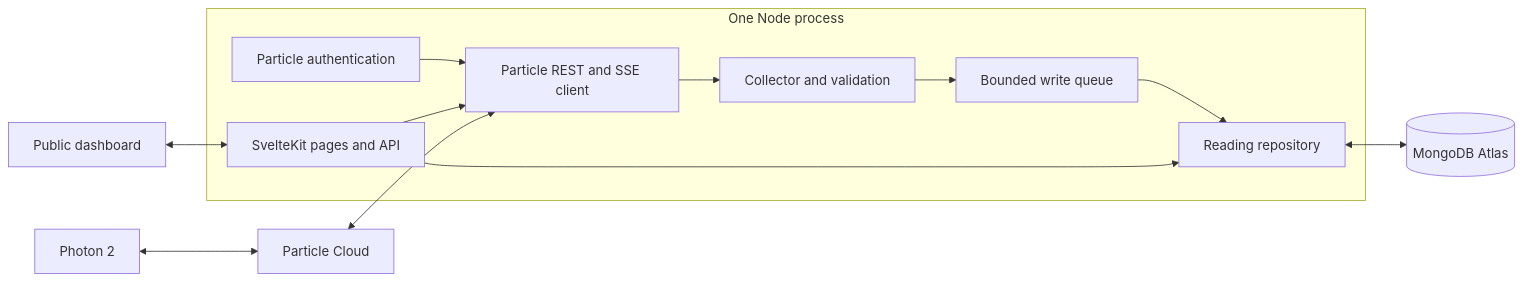
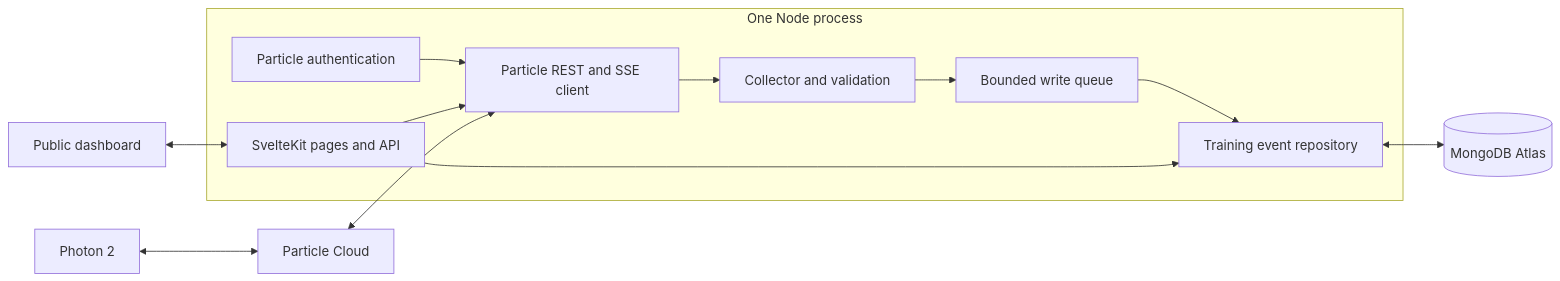
One commit to slan467/particle-iot-app changed the diagram in docs/architecture.md. Above: the diagram before and after it, drawn with Mermaid. The commit also changed other lines of this file and 41 other files, not shown here.

````diff
--- a/docs/architecture.md
+++ b/docs/architecture.md
@@ -7,19 +7,19 @@
 ```mermaid
 flowchart LR
   Photon[Photon 2] <--> Cloud[Particle Cloud]
   subgraph Server[One Node process]
     Auth[Particle authentication]
     Transport[Particle REST and SSE client]
     Collector[Collector and validation]
     Queue[Bounded write queue]
     Routes[SvelteKit pages and API]
-    Repo[Reading repository]
+    Repo[Training event repository]
     Auth --> Transport
     Transport --> Collector --> Queue --> Repo
     Routes --> Transport
     Routes --> Repo
   end
   Cloud <--> Transport
   Repo <--> Mongo[(MongoDB Atlas)]
   Browser[Public dashboard] <--> Routes
 ```
````
